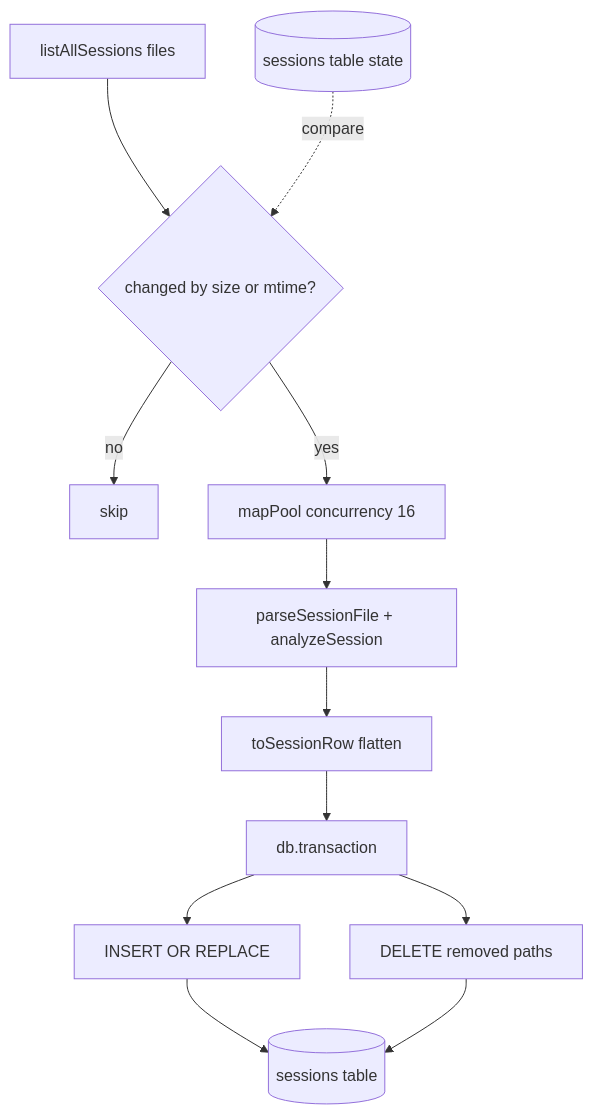
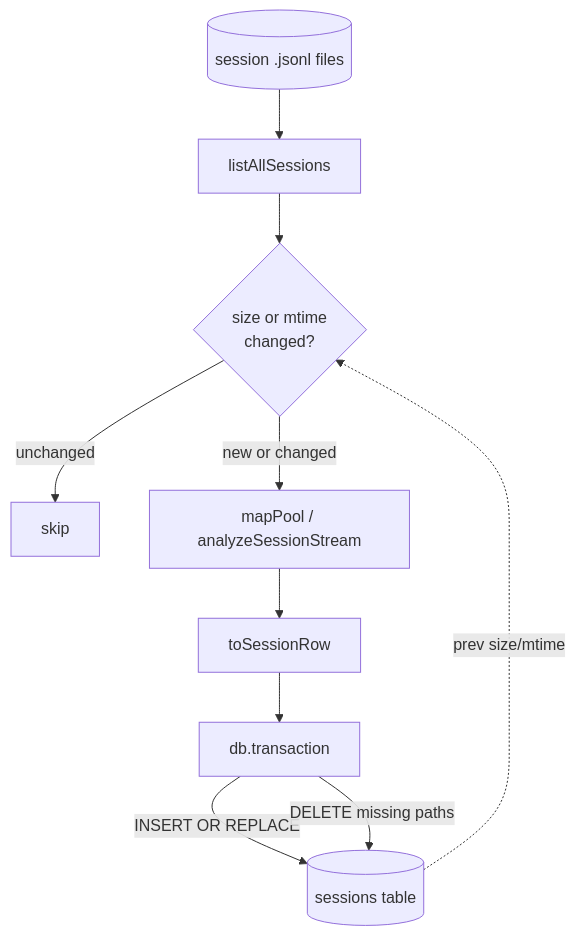
The diagram in wiki/2.3-index-and-analytics.md (yorch/cc-analyzer), drawn with Mermaid before and after one commit. The commit also changed other lines of this file and 19 other files, not shown here.

````diff
--- a/wiki/2.3-index-and-analytics.md
+++ b/wiki/2.3-index-and-analytics.md
@@ -58,14 +46,12 @@
 ```mermaid
 flowchart TD
-    Files[listAllSessions files] --> Diff{changed by size or mtime?}
-    Existing[(sessions table state)] -.compare.-> Diff
-    Diff -->|no| Skip[skip]
-    Diff -->|yes| Pool[mapPool concurrency 16]
-    Pool --> Parse[parseSessionFile + analyzeSession]
-    Parse --> Row[toSessionRow flatten]
-    Row --> Tx[db.transaction]
-    Tx --> Upsert[INSERT OR REPLACE]
-    Tx --> Prune[DELETE removed paths]
-    Upsert --> Sessions[(sessions table)]
-    Prune --> Sessions
+    Files[(session .jsonl files)] --> List[listAllSessions]
+    List --> Filter{size or mtime<br/>changed?}
+    Existing[(sessions table)] -.prev size/mtime.-> Filter
+    Filter -- unchanged --> Skip[skip]
+    Filter -- new or changed --> Pool[mapPool / analyzeSessionStream]
+    Pool --> Row[toSessionRow]
+    Row --> Txn[db.transaction]
+    Txn -- INSERT OR REPLACE --> Existing
+    Txn -- DELETE missing paths --> Existing
 ```
````
